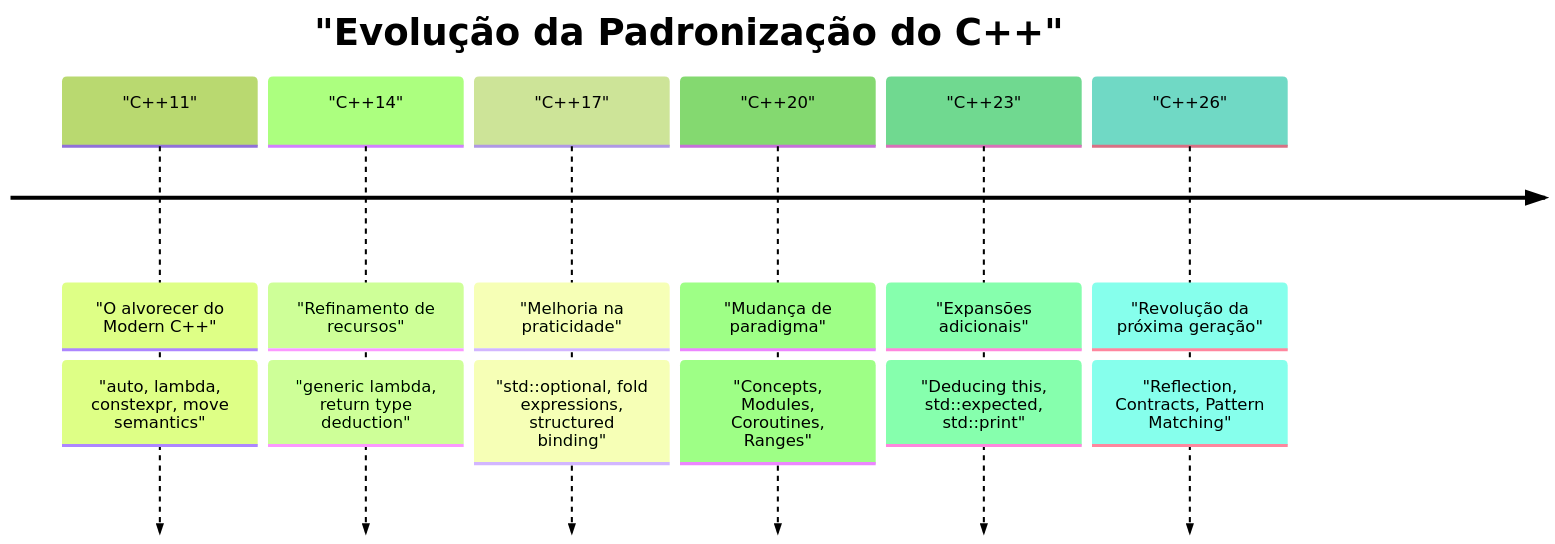
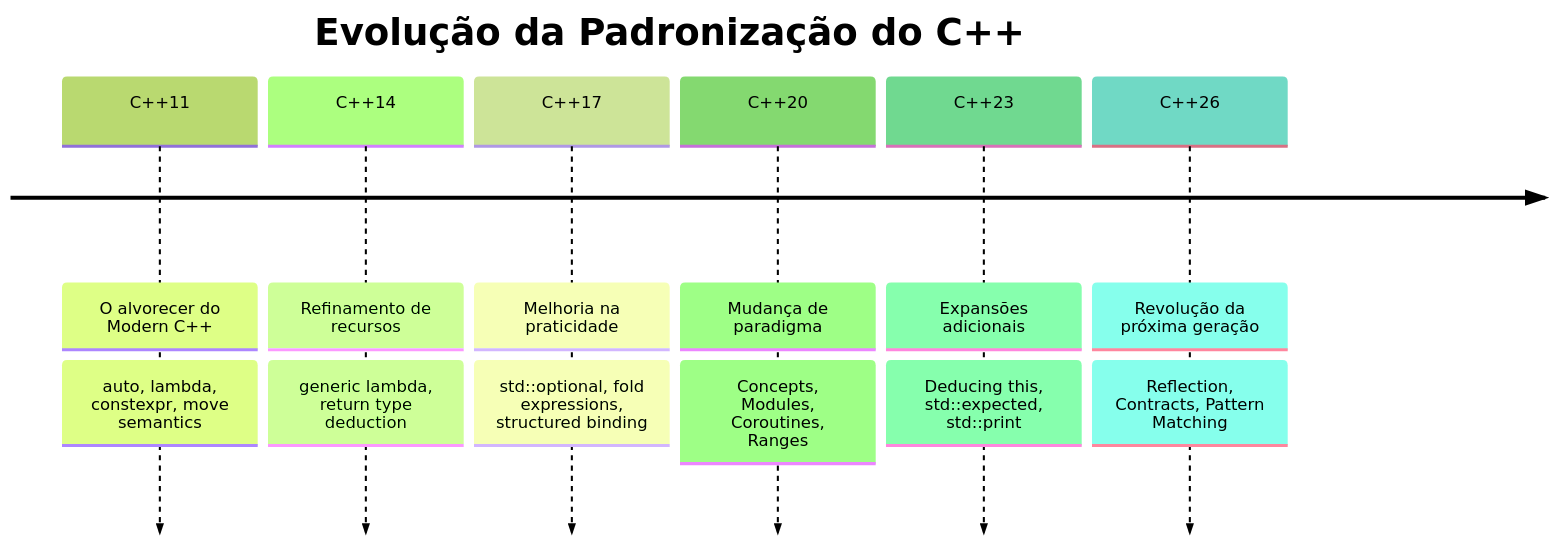
Before and after one commit to kenjinote/blog: the first of 4 diagrams in content/post/cpp26新機能/index.pt.md, drawn with Mermaid (forest theme). The commit also changed other lines of this file and 703 other files, not shown here.

Commit message:
Fix: Remove quotes from Mermaid link texts and timeline definitions to support Mermaid 11.4.1

````diff
--- a/content/post/cpp26新機能/index.pt.md
+++ b/content/post/cpp26新機能/index.pt.md
@@ -20,10 +20,10 @@
 ```mermaid
 timeline
-    title "Evolução da Padronização do C++"
-    "C++11" : "O alvorecer do Modern C++" : "auto, lambda, constexpr, move semantics"
-    "C++14" : "Refinamento de recursos" : "generic lambda, return type deduction"
-    "C++17" : "Melhoria na praticidade" : "std::optional, fold expressions, structured binding"
-    "C++20" : "Mudança de paradigma" : "Concepts, Modules, Coroutines, Ranges"
-    "C++23" : "Expansões adicionais" : "Deducing this, std::expected, std::print"
-    "C++26" : "Revolução da próxima geração" : "Reflection, Contracts, Pattern Matching"
+    title Evolução da Padronização do C++
+    C++11 : O alvorecer do Modern C++ : auto, lambda, constexpr, move semantics
+    C++14 : Refinamento de recursos : generic lambda, return type deduction
+    C++17 : Melhoria na praticidade : std::optional, fold expressions, structured binding
+    C++20 : Mudança de paradigma : Concepts, Modules, Coroutines, Ranges
+    C++23 : Expansões adicionais : Deducing this, std::expected, std::print
+    C++26 : Revolução da próxima geração : Reflection, Contracts, Pattern Matching
 ```
````
